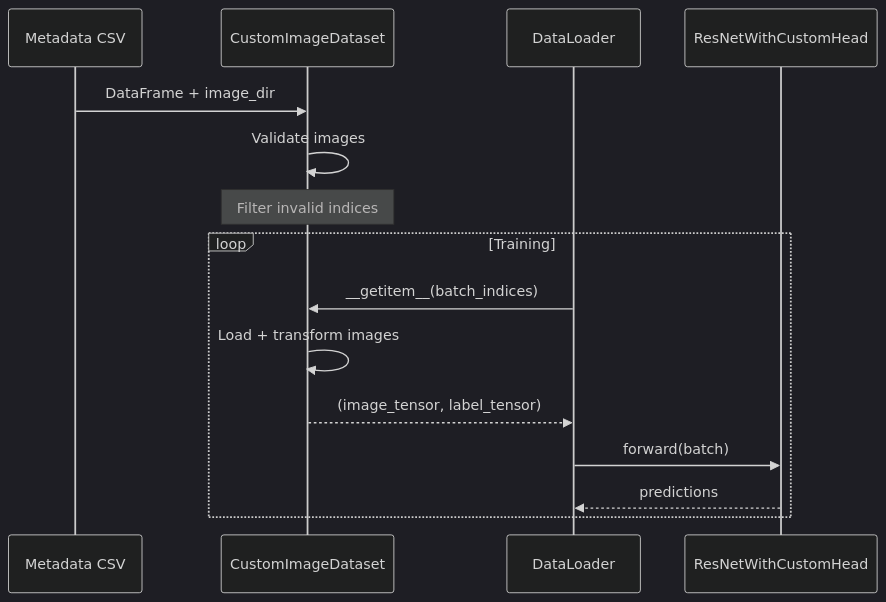
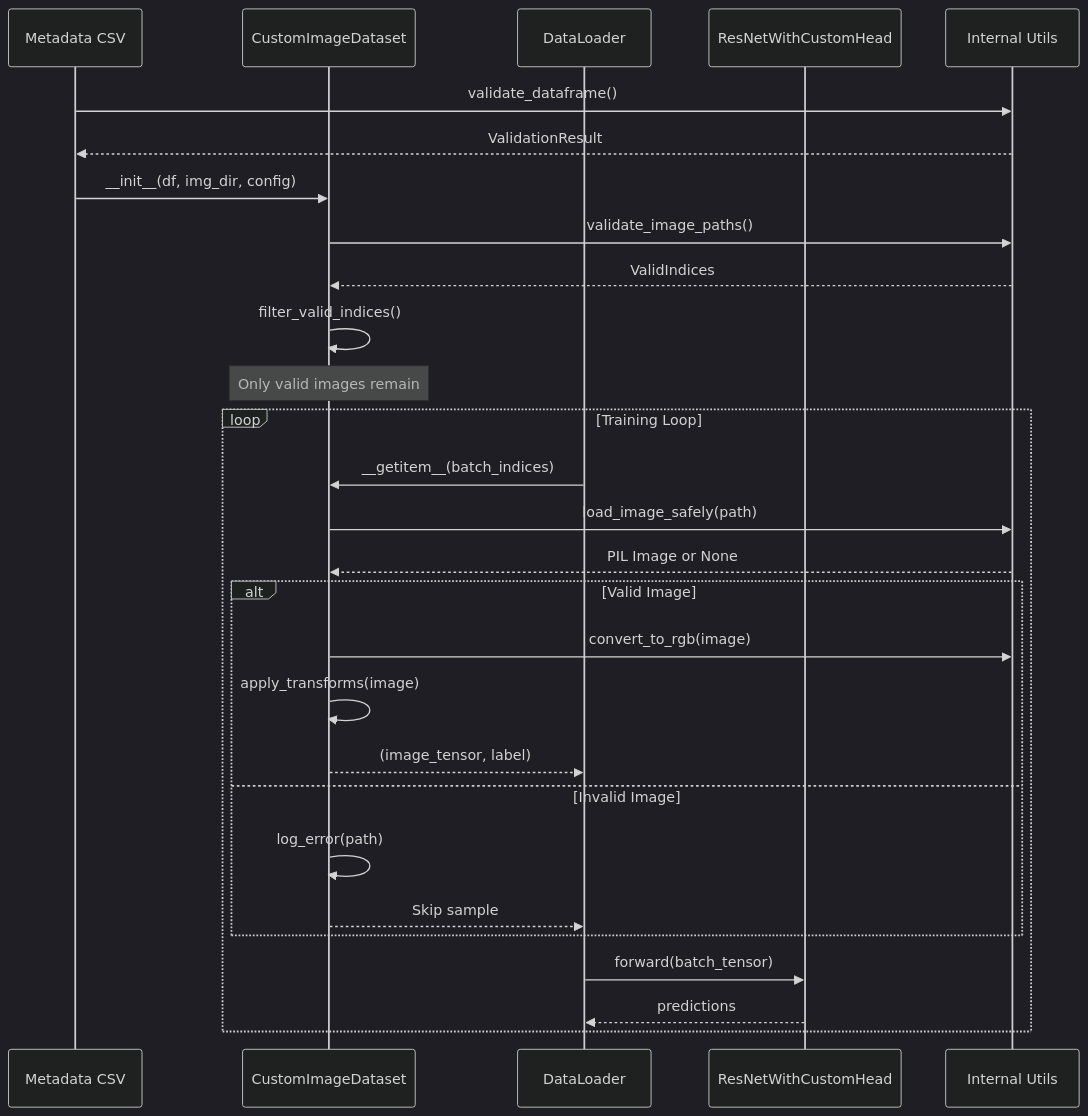
The seventh of 7 diagrams in federated_pneumonia_detection/src/entities/README.md (h19overflow/federated_learning), drawn with Mermaid (dark theme) before and after one commit. The commit also changed other lines of this file and 8 other files, not shown here.

````diff
--- a/federated_pneumonia_detection/src/entities/README.md
+++ b/federated_pneumonia_detection/src/entities/README.md
@@ -151,19 +343,36 @@
 ```mermaid
 sequenceDiagram
     participant CSV as Metadata CSV
     participant DS as CustomImageDataset
     participant DL as DataLoader
     participant Model as ResNetWithCustomHead
+    participant Utils as Internal Utils
 
-    CSV->>DS: DataFrame + image_dir
-    DS->>DS: Validate images
-    Note over DS: Filter invalid indices
-
-    loop Training
+    CSV->>Utils: validate_dataframe()
+    Utils-->>CSV: ValidationResult
+    
+    CSV->>DS: __init__(df, img_dir, config)
+    DS->>Utils: validate_image_paths()
+    Utils-->>DS: ValidIndices
+    
+    DS->>DS: filter_valid_indices()
+    Note over DS: Only valid images remain
+    
+    loop Training Loop
         DL->>DS: __getitem__(batch_indices)
-        DS->>DS: Load + transform images
-        DS-->>DL: (image_tensor, label_tensor)
-        DL->>Model: forward(batch)
+        DS->>Utils: load_image_safely(path)
+        Utils-->>DS: PIL Image or None
+        
+        alt Valid Image
+            DS->>Utils: convert_to_rgb(image)
+            DS->>DS: apply_transforms(image)
+            DS-->>DL: (image_tensor, label)
+        else Invalid Image
+            DS->>DS: log_error(path)
+            DS-->>DL: Skip sample
+        end
+        
+        DL->>Model: forward(batch_tensor)
         Model-->>DL: predictions
     end
 ```
````
